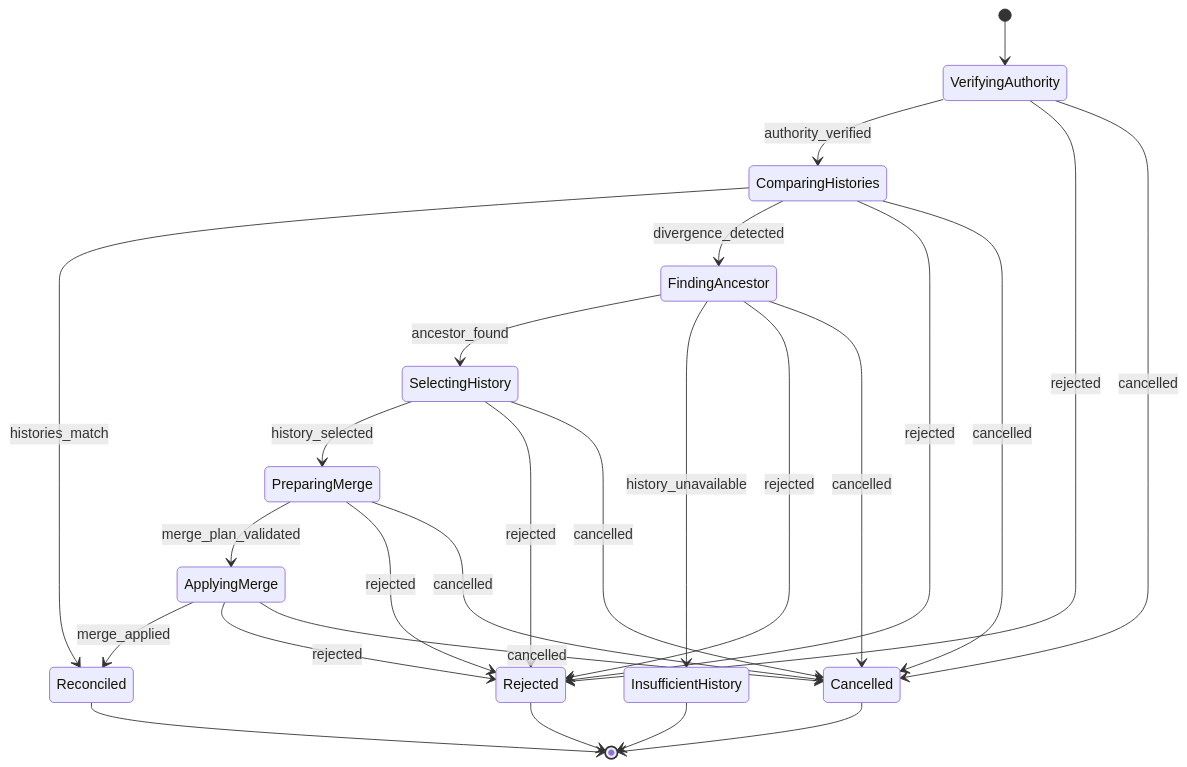
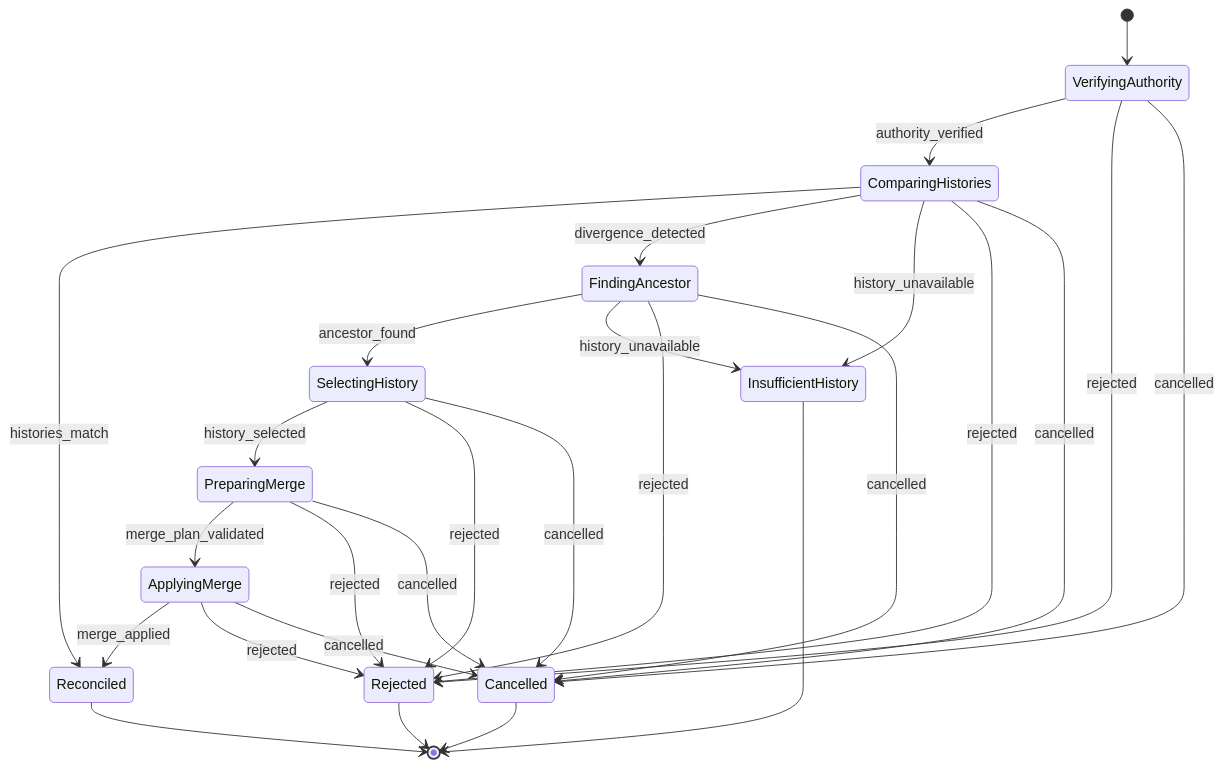
One commit to konnektoren/konnekt-session changed the diagram in konnekt-session-workspace/protocols/event-log-reconciliation-diagram.md. Above: the diagram before and after it, drawn with Mermaid. The commit also changed 16 other files, not shown here.

````diff
--- a/konnekt-session-workspace/protocols/event-log-reconciliation-diagram.md
+++ b/konnekt-session-workspace/protocols/event-log-reconciliation-diagram.md
@@ -8,28 +8,29 @@
 ```mermaid
 stateDiagram-v2
     [*] --> VerifyingAuthority
     Reconciled --> [*]
     Rejected --> [*]
     InsufficientHistory --> [*]
     Cancelled --> [*]
     VerifyingAuthority --> ComparingHistories : authority_verified
     ComparingHistories --> Reconciled : histories_match
     ComparingHistories --> FindingAncestor : divergence_detected
     FindingAncestor --> SelectingHistory : ancestor_found
+    ComparingHistories --> InsufficientHistory : history_unavailable
     FindingAncestor --> InsufficientHistory : history_unavailable
     SelectingHistory --> PreparingMerge : history_selected
     PreparingMerge --> ApplyingMerge : merge_plan_validated
     ApplyingMerge --> Reconciled : merge_applied
     VerifyingAuthority --> Rejected : rejected
     ComparingHistories --> Rejected : rejected
     FindingAncestor --> Rejected : rejected
     SelectingHistory --> Rejected : rejected
     PreparingMerge --> Rejected : rejected
     ApplyingMerge --> Rejected : rejected
     VerifyingAuthority --> Cancelled : cancelled
     ComparingHistories --> Cancelled : cancelled
     FindingAncestor --> Cancelled : cancelled
     SelectingHistory --> Cancelled : cancelled
     PreparingMerge --> Cancelled : cancelled
     ApplyingMerge --> Cancelled : cancelled
 ```
````
